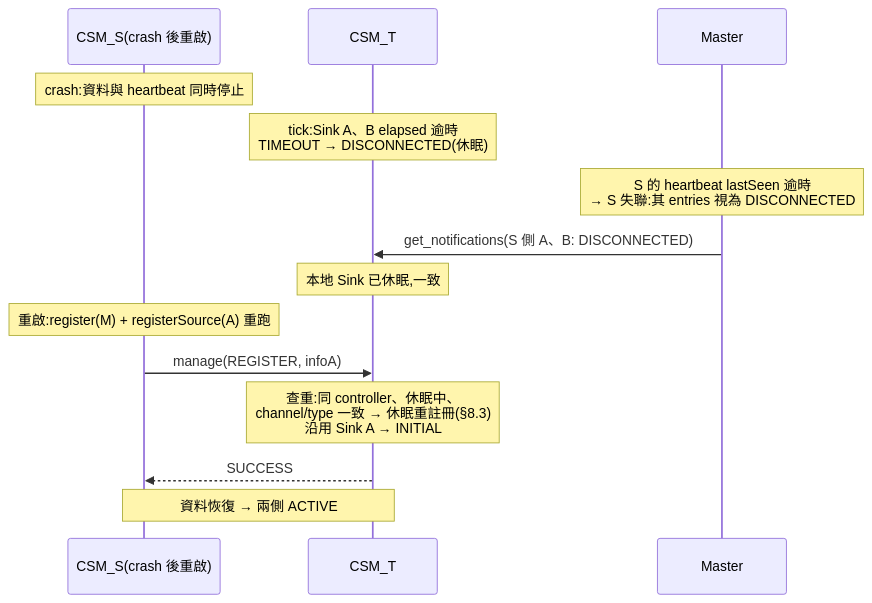
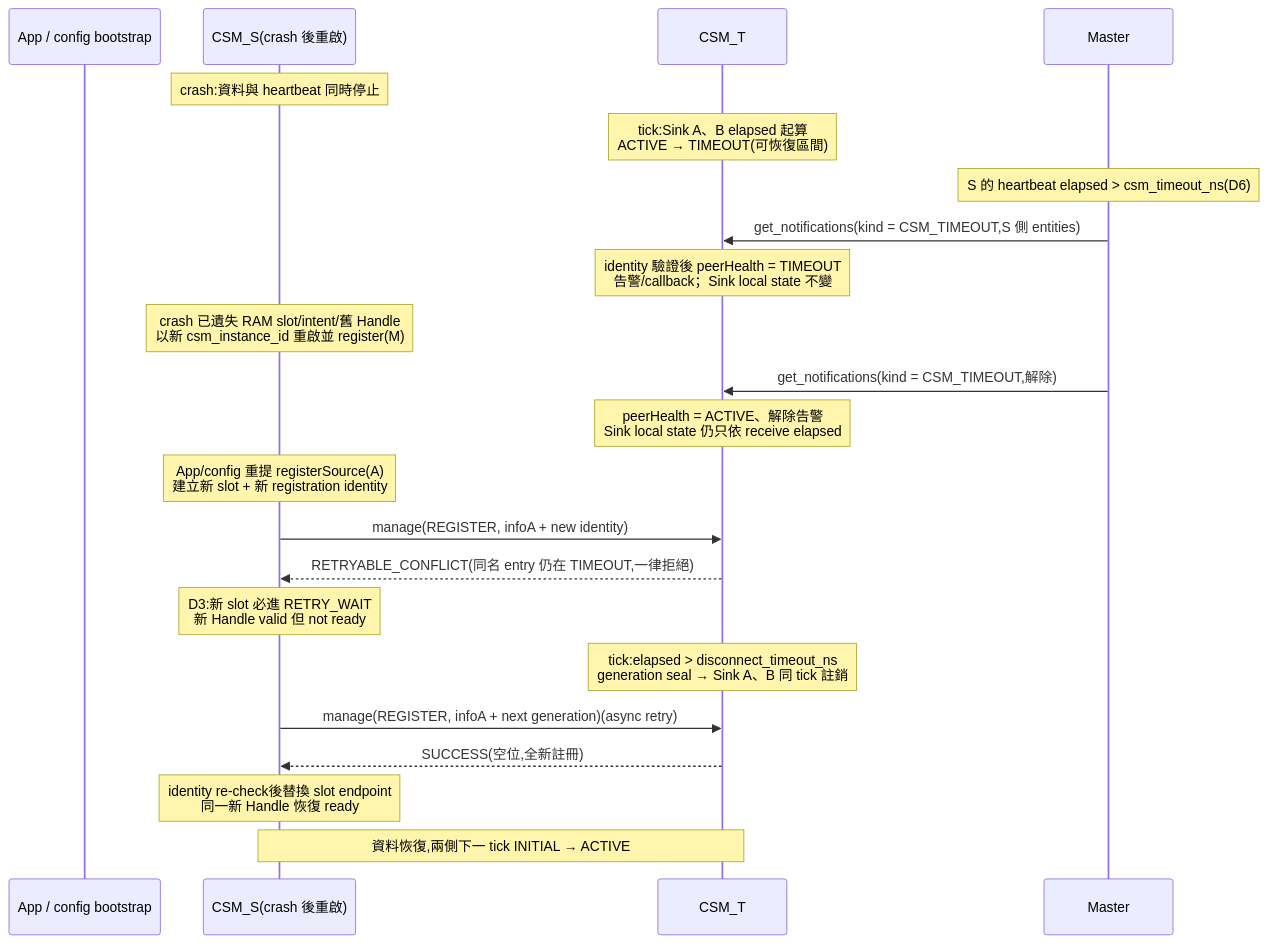
One commit to cocobird231/rv2_project changed the tenth of 43 diagrams in r1_design_draft.md. Above: the diagram before and after it, drawn with Mermaid. The commit also changed other lines of this file and 1 other file, not shown here.

Commit message:
docs: integrate timeout and disconnect design v1.1.0

````diff
--- a/r1_design_draft.md
+++ b/r1_design_draft.md
@@ -1538,18 +2223,27 @@
 ```mermaid
 sequenceDiagram
+    participant App as App / config bootstrap
     participant S as CSM_S(crash 後重啟)
     participant T as CSM_T
     participant M as Master
 
     Note over S: crash:資料與 heartbeat 同時停止
-    Note over T: tick:Sink A、B elapsed 逾時<br/>TIMEOUT → DISCONNECTED(休眠)
-    Note over M: S 的 heartbeat lastSeen 逾時<br/>→ S 失聯:其 entries 視為 DISCONNECTED
-    M->>T: get_notifications(S 側 A、B: DISCONNECTED)
-    Note over T: 本地 Sink 已休眠,一致
+    Note over T: tick:Sink A、B elapsed 起算<br/>ACTIVE → TIMEOUT(可恢復區間)
+    Note over M: S 的 heartbeat elapsed > csm_timeout_ns(D6)
+    M->>T: get_notifications(kind = CSM_TIMEOUT,S 側 entities)
+    Note over T: identity 驗證後 peerHealth = TIMEOUT<br/>告警/callback；Sink local state 不變
 
-    Note over S: 重啟:register(M) + registerSource(A) 重跑
-    S->>T: manage(REGISTER, infoA)
-    Note over T: 查重:同 controller、休眠中、<br/>channel/type 一致 → 休眠重註冊(§8.3)<br/>沿用 Sink A → INITIAL
-    T-->>S: SUCCESS
-    Note over S,T: 資料恢復 → 兩側 ACTIVE
+    Note over S: crash 已遺失 RAM slot/intent/舊 Handle<br/>以新 csm_instance_id 重啟並 register(M)
+    M->>T: get_notifications(kind = CSM_TIMEOUT,解除)
+    Note over T: peerHealth = ACTIVE、解除告警<br/>Sink local state 仍只依 receive elapsed
+    Note over S: App/config 重提 registerSource(A)<br/>建立新 slot + 新 registration identity
+    S->>T: manage(REGISTER, infoA + new identity)
+    T-->>S: RETRYABLE_CONFLICT(同名 entry 仍在 TIMEOUT,一律拒絕)
+    Note over S: D3:新 slot 必進 RETRY_WAIT<br/>新 Handle valid 但 not ready
+
+    Note over T: tick:elapsed > disconnect_timeout_ns<br/>generation seal → Sink A、B 同 tick 註銷
+    S->>T: manage(REGISTER, infoA + next generation)(async retry)
+    T-->>S: SUCCESS(空位,全新註冊)
+    Note over S: identity re-check後替換 slot endpoint<br/>同一新 Handle 恢復 ready
+    Note over S,T: 資料恢復,兩側下一 tick INITIAL → ACTIVE
 ```
````
